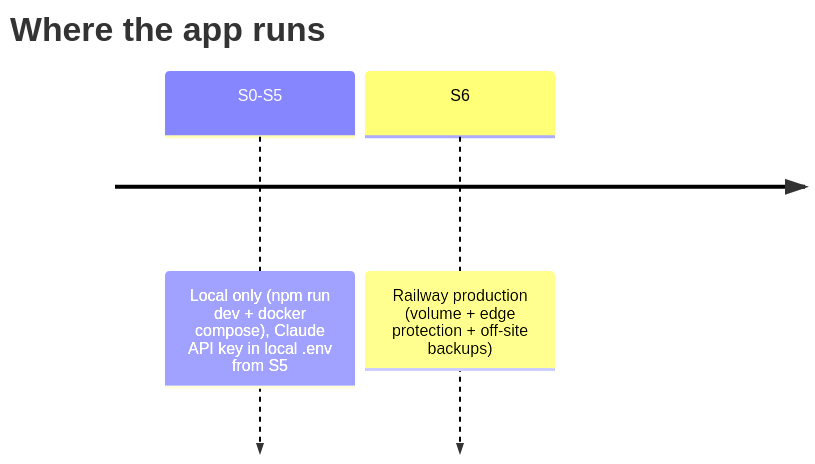
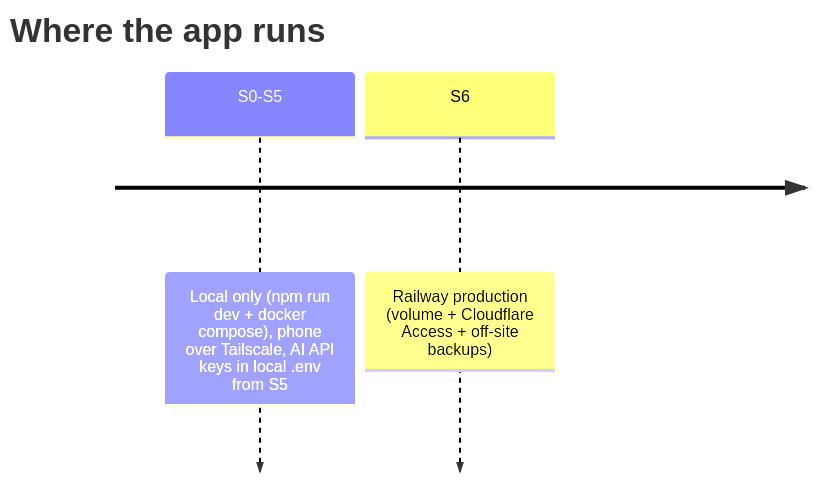
Before and after one commit to micheltsarasoa/nutrigo: the second of 2 diagrams in docs/roadmap.md, drawn with Mermaid. The commit also changed other lines of this file and 4 other files, not shown here.

First line of the commit message:
docs: resolve SPEC-008 open questions, merge source results, update roadmap

````diff
--- a/docs/roadmap.md
+++ b/docs/roadmap.md
@@ -38,6 +38,6 @@
 ```mermaid
 timeline
     title Where the app runs
-    S0-S5 : Local only (npm run dev + docker compose), Claude API key in local .env from S5
-    S6 : Railway production (volume + edge protection + off-site backups)
+    S0-S5 : Local only (npm run dev + docker compose), phone over Tailscale, AI API keys in local .env from S5
+    S6 : Railway production (volume + Cloudflare Access + off-site backups)
 ```
````
